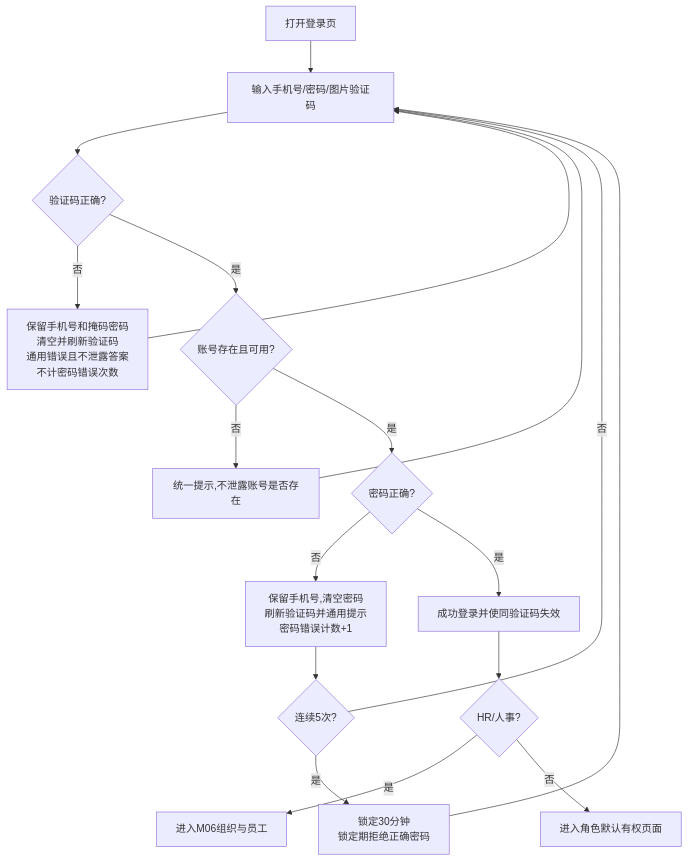
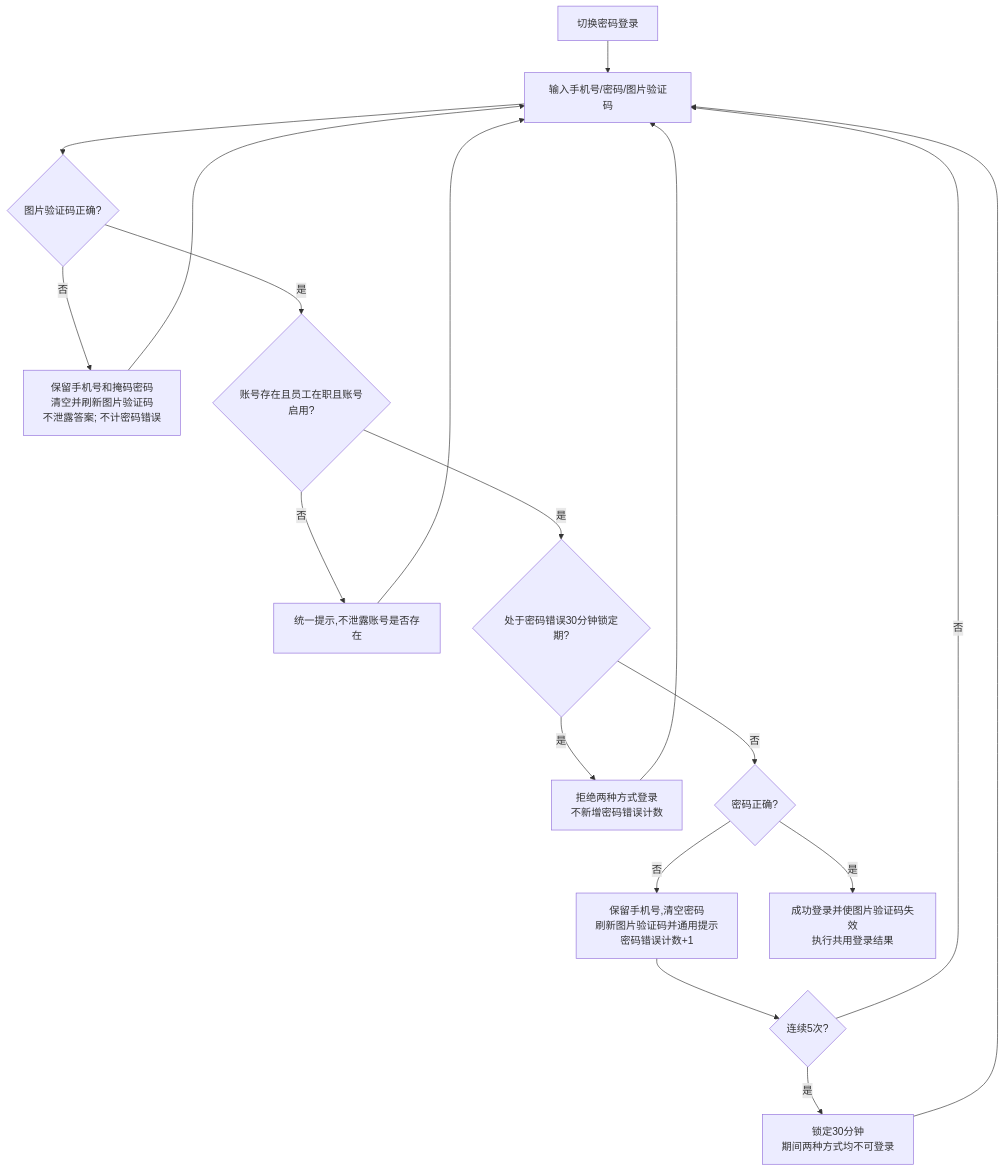
One commit to Joker-1030/Yingjia-Internal-Management-System changed the second of 2 diagrams in prd-workspace/current/user-flows/FLOW-01-P00-login.md. Above: the diagram before and after it, drawn with Mermaid. The commit also changed other lines of this file and 28 other files, not shown here.

````diff
--- a/prd-workspace/current/user-flows/FLOW-01-P00-login.md
+++ b/prd-workspace/current/user-flows/FLOW-01-P00-login.md
@@ -10,17 +37,16 @@
 ```mermaid
 flowchart TD
-    A[打开登录页] --> B[输入手机号/密码/图片验证码]
-    B --> C{验证码正确?}
-    C -- 否 --> C1[保留手机号和掩码密码<br/>清空并刷新验证码<br/>通用错误且不泄露答案<br/>不计密码错误次数] --> B
-    C -- 是 --> D{账号存在且可用?}
+    A[切换密码登录] --> B[输入手机号/密码/图片验证码]
+    B --> C{图片验证码正确?}
+    C -- 否 --> C1[保留手机号和掩码密码<br/>清空并刷新图片验证码<br/>不泄露答案; 不计密码错误] --> B
+    C -- 是 --> D{账号存在且员工在职且账号启用?}
     D -- 否 --> D1[统一提示,不泄露账号是否存在] --> B
-    D -- 是 --> E{密码正确?}
-    E -- 否 --> F[保留手机号,清空密码<br/>刷新验证码并通用提示<br/>密码错误计数+1]
+    D -- 是 --> L{处于密码错误30分钟锁定期?}
+    L -- 是 --> L1[拒绝两种方式登录<br/>不新增密码错误计数] --> B
+    L -- 否 --> E{密码正确?}
+    E -- 否 --> F[保留手机号,清空密码<br/>刷新图片验证码并通用提示<br/>密码错误计数+1]
     F --> G{连续5次?}
     G -- 否 --> B
-    G -- 是 --> H[锁定30分钟<br/>锁定期拒绝正确密码] --> B
-    E -- 是 --> I[成功登录并使同验证码失效]
-    I --> J{HR/人事?}
-    J -- 是 --> K[进入M06组织与员工]
-    J -- 否 --> L[进入角色默认有权页面]
+    G -- 是 --> H[锁定30分钟<br/>期间两种方式均不可登录] --> B
+    E -- 是 --> I[成功登录并使图片验证码失效<br/>执行共用登录结果]
 ```
````
